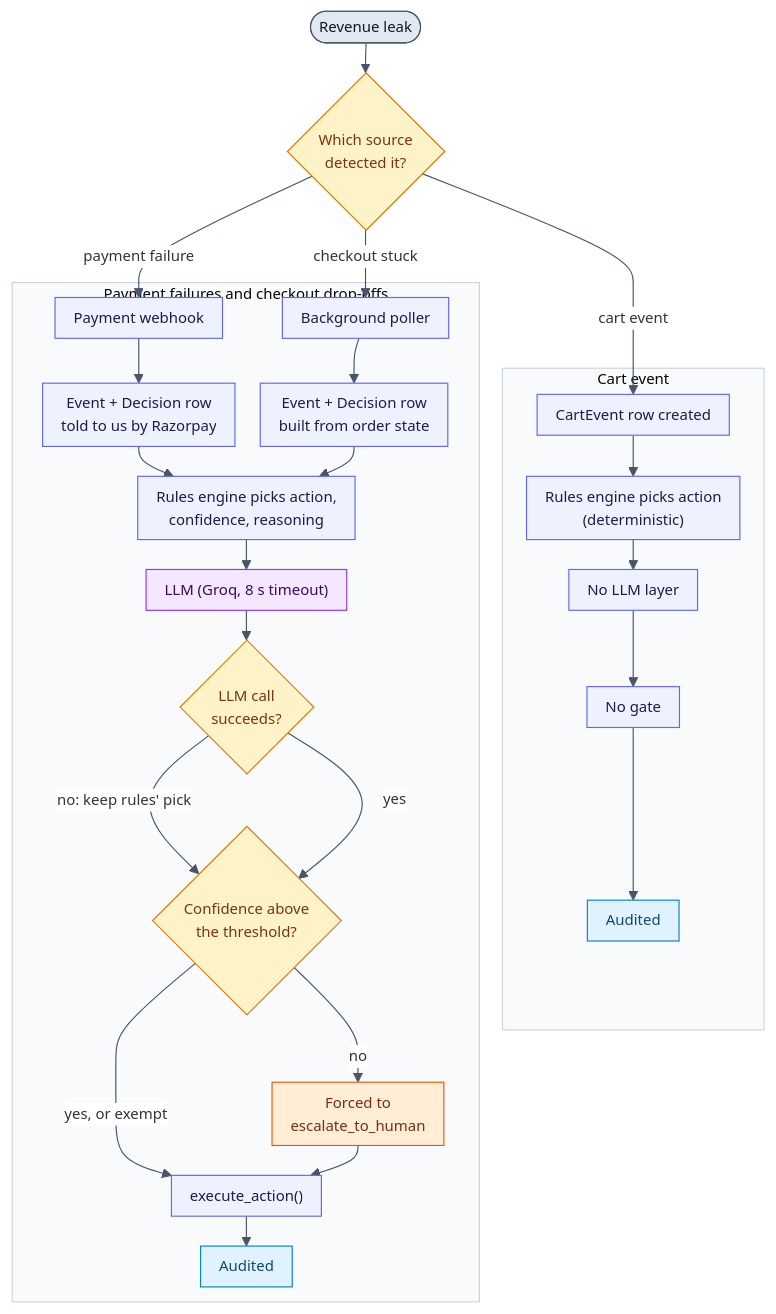
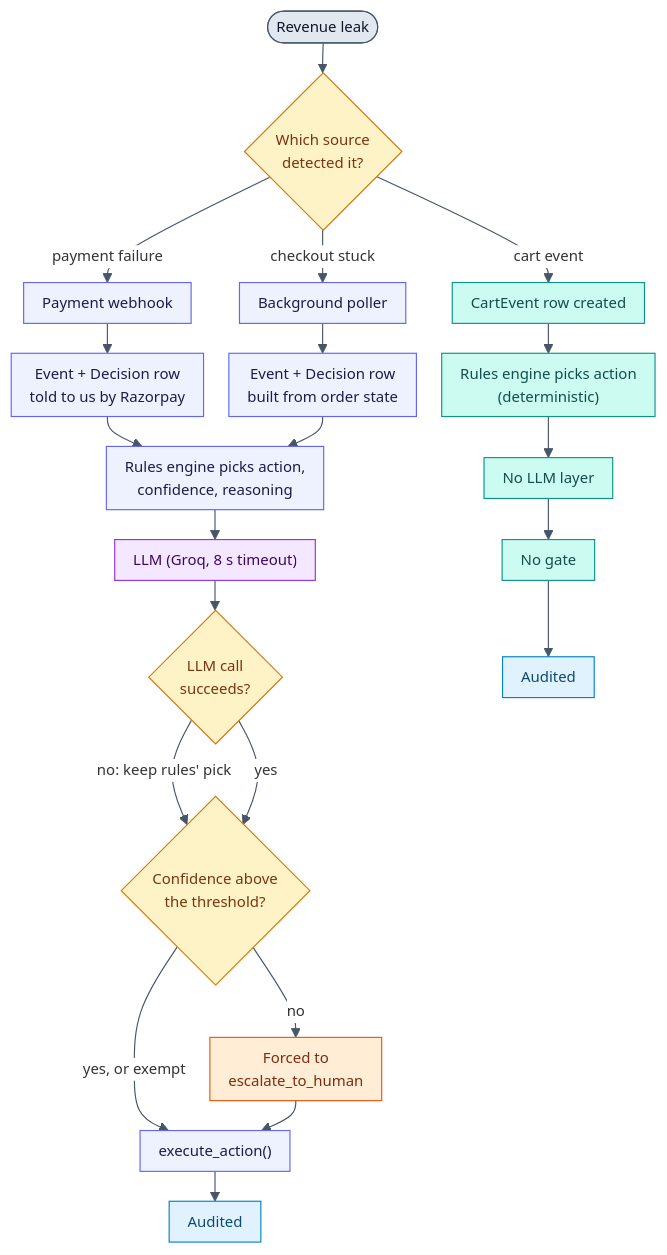
One commit to Lakshaykhatri231/Backstop changed the diagram in docs/diagrams/decision-pipeline.mmd. Above: the diagram before and after it, drawn with Mermaid. The commit also changed 4 other files, not shown here.

Commit message:
Personalised voice agent, Dragon HD pace and pauses, architecture diagrams in README

```diff
--- a/docs/diagrams/decision-pipeline.mmd
+++ b/docs/diagrams/decision-pipeline.mmd
@@ -1,43 +1,39 @@
-%%{init: {'theme':'base','themeVariables':{'fontSize':'13px','edgeLabelBackground':'#ffffff','lineColor':'#475569','clusterBkg':'#f8fafc','clusterBorder':'#cbd5e1'},'flowchart':{'nodeSpacing':22,'rankSpacing':26,'padding':8,'htmlLabels':true}}}%%
+%%{init: {'theme':'base','themeVariables':{'fontSize':'13px','edgeLabelBackground':'#ffffff','lineColor':'#475569'},'flowchart':{'nodeSpacing':22,'rankSpacing':26,'padding':8,'htmlLabels':true}}}%%
 flowchart TD
     LEAK(["Revenue leak"]) --> SRC{"Which source<br/>detected it?"}
     SRC -- "payment failure" --> W["Payment webhook"]
     SRC -- "checkout stuck" --> POLL["Background poller"]
-    SRC -- "cart event" --> CE
+    SRC -- "cart event" --> CE["CartEvent row created"]
 
-    subgraph SH["Payment failures and checkout drop-offs"]
-      W --> EV1["Event + Decision row<br/>told to us by Razorpay"]
-      POLL --> EV2["Event + Decision row<br/>built from order state"]
-      EV1 --> RULES
-      EV2 --> RULES["Rules engine picks action,<br/>confidence, reasoning"]
-      RULES --> LLM["LLM (Groq, 8 s timeout)"]
-      LLM --> OK{"LLM call<br/>succeeds?"}
-      OK -- "no: keep rules' pick" --> GATE
-      OK -- yes --> GATE{"Confidence above<br/>the threshold?"}
-      GATE -- "yes, or exempt" --> EXEC["execute_action()"]
-      GATE -- "no" --> ESC["Forced to<br/>escalate_to_human"]
-      ESC --> EXEC
-      EXEC --> AUD["Audited"]
-    end
+    W --> EV1["Event + Decision row<br/>told to us by Razorpay"]
+    POLL --> EV2["Event + Decision row<br/>built from order state"]
+    EV1 --> RULES["Rules engine picks action,<br/>confidence, reasoning"]
+    EV2 --> RULES
+    RULES --> LLM["LLM (Groq, 8 s timeout)"]
+    LLM --> OK{"LLM call<br/>succeeds?"}
+    OK -- "no: keep rules' pick" --> GATE
+    OK -- yes --> GATE{"Confidence above<br/>the threshold?"}
+    GATE -- "yes, or exempt" --> EXEC["execute_action()"]
+    GATE -- "no" --> ESC["Forced to<br/>escalate_to_human"]
+    ESC --> EXEC
+    EXEC --> AUD["Audited"]
 
-    subgraph CT["Cart event"]
-      CE["CartEvent row created"] --> CR["Rules engine picks action<br/>(deterministic)"]
-      CR --> NL["No LLM layer"]
-      NL --> NG["No gate"]
-      NG --> AUD2["Audited"]
-    end
-
-    POLL ~~~ CE
+    CE --> CR["Rules engine picks action<br/>(deterministic)"]
+    CR --> NL["No LLM layer"]
+    NL --> NG["No gate"]
+    NG --> AUD2["Audited"]
 
     classDef start fill:#e2e8f0,stroke:#475569,color:#0f172a
     classDef step fill:#eef2ff,stroke:#6366f1,color:#1e1b4b
+    classDef cart fill:#ccfbf1,stroke:#0d9488,color:#134e4a
     classDef ask fill:#fef3c7,stroke:#d97706,color:#78350f
     classDef ai fill:#f3e8ff,stroke:#9333ea,color:#3b0764
     classDef person fill:#ffedd5,stroke:#ea580c,color:#7c2d12
     classDef log fill:#e0f2fe,stroke:#0284c7,color:#0c4a6e
     class LEAK start
-    class W,POLL,EV1,EV2,RULES,EXEC,CE,CR,NL,NG step
+    class W,POLL,EV1,EV2,RULES,EXEC step
+    class CE,CR,NL,NG cart
     class SRC,OK,GATE ask
     class LLM ai
     class ESC person
     class AUD,AUD2 log
```
